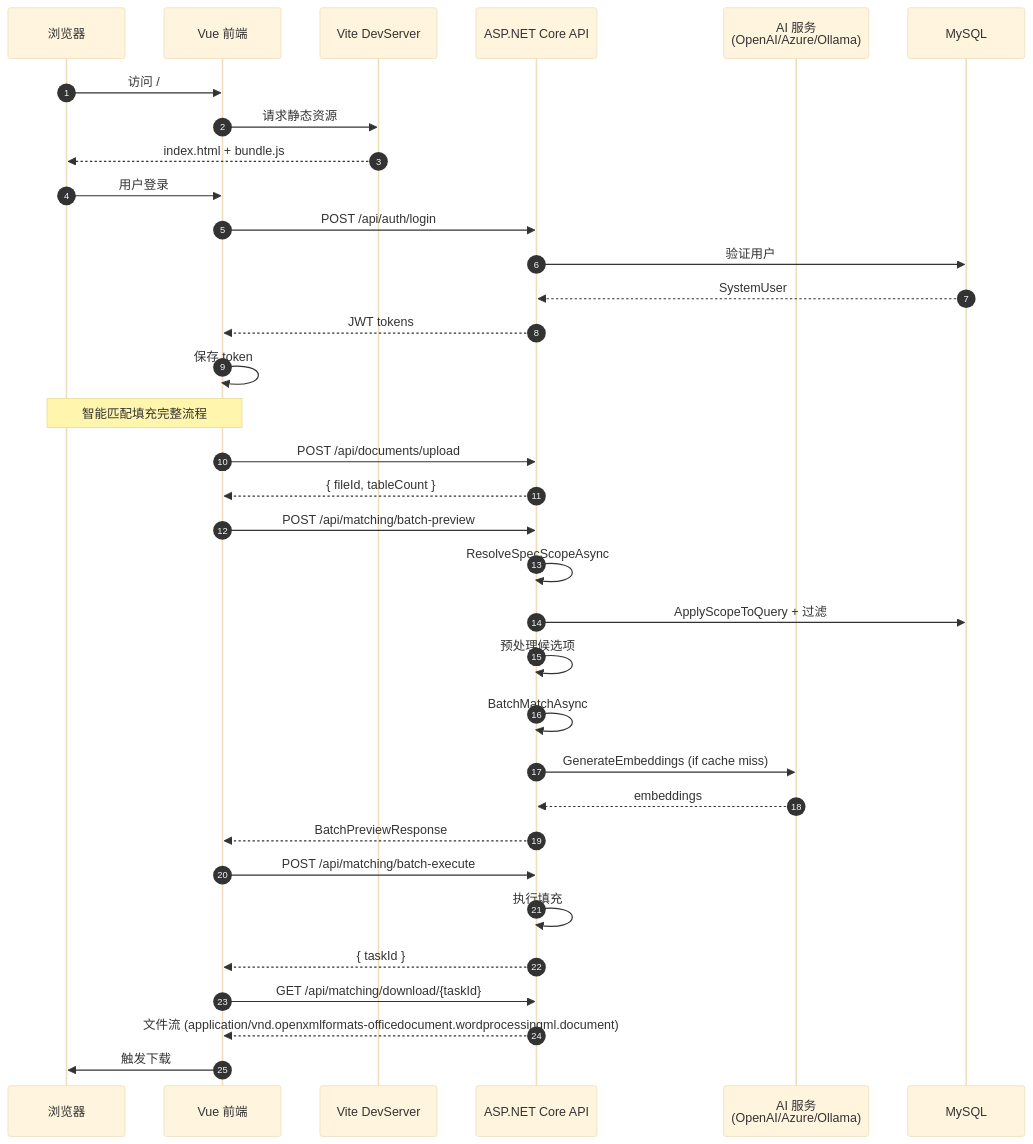
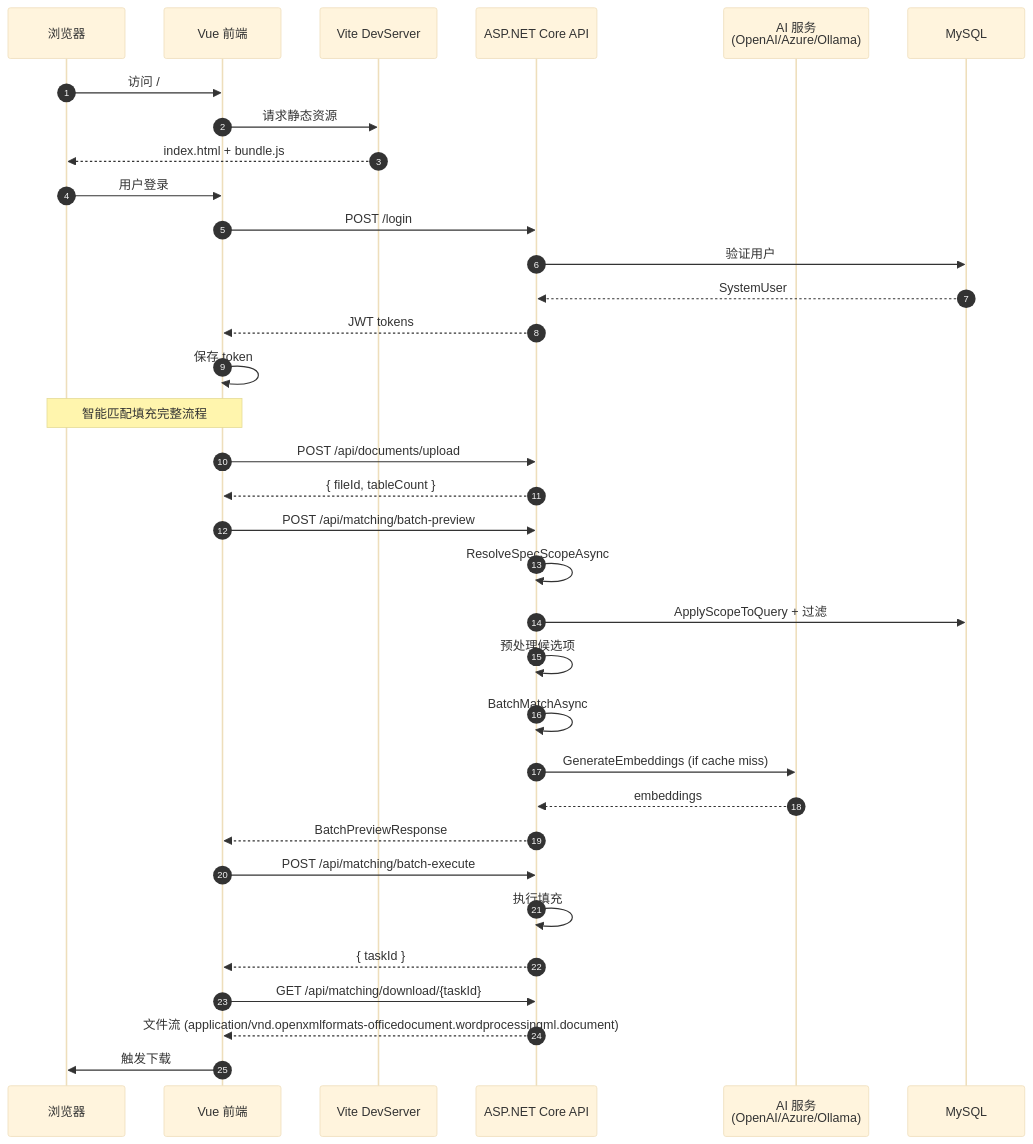
One commit to xiaocaiisxiaocai/AcceptanceSpecRecognition changed diagram 11 of 12 in docs/diagrams.md. Above: the diagram before and after it, drawn with Mermaid (base theme). The commit also changed other lines of this file and 9 other files, not shown here.

````diff
--- a/docs/diagrams.md
+++ b/docs/diagrams.md
@@ -329,42 +329,42 @@
 ```mermaid
 sequenceDiagram
     autonumber
     participant Browser as 浏览器
     participant FE as Vue 前端
     participant Vite as Vite DevServer
     participant API as ASP.NET Core API
     participant AI as AI 服务<br/>(OpenAI/Azure/Ollama)
     participant DB as MySQL
 
     Browser->>FE: 访问 /
     FE->>Vite: 请求静态资源
     Vite-->>Browser: index.html + bundle.js
     Browser->>FE: 用户登录
-    FE->>API: POST /api/auth/login
+    FE->>API: POST /login
     API->>DB: 验证用户
     DB-->>API: SystemUser
     API-->>FE: JWT tokens
     FE->>FE: 保存 token
 
     Note over Browser,FE: 智能匹配填充完整流程
 
     FE->>API: POST /api/documents/upload
     API-->>FE: { fileId, tableCount }
 
     FE->>API: POST /api/matching/batch-preview
     API->>API: ResolveSpecScopeAsync
     API->>DB: ApplyScopeToQuery + 过滤
     API->>API: 预处理候选项
     API->>API: BatchMatchAsync
     API->>AI: GenerateEmbeddings (if cache miss)
     AI-->>API: embeddings
     API-->>FE: BatchPreviewResponse
 
     FE->>API: POST /api/matching/batch-execute
     API->>API: 执行填充
     API-->>FE: { taskId }
 
     FE->>API: GET /api/matching/download/{taskId}
     API-->>FE: 文件流 (application/vnd.openxmlformats-officedocument.wordprocessingml.document)
     FE->>Browser: 触发下载
 ```
````
